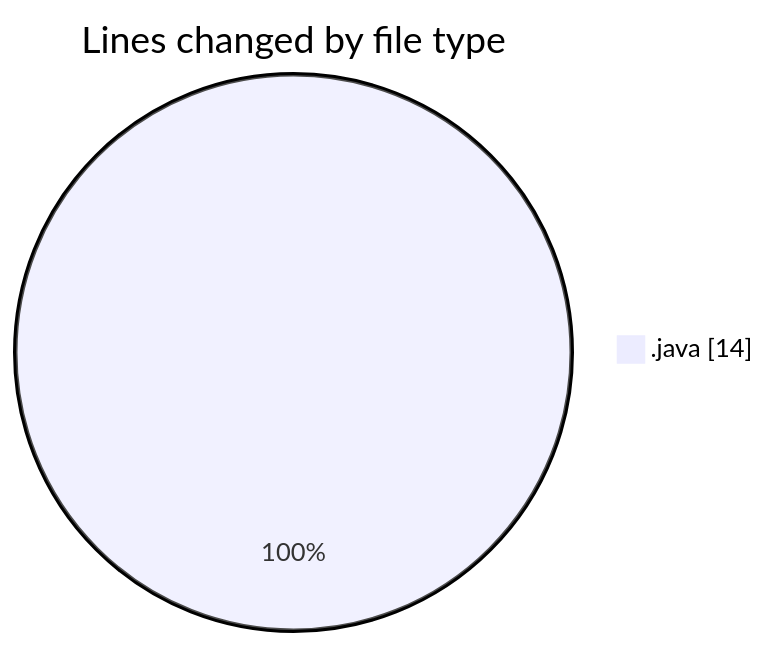
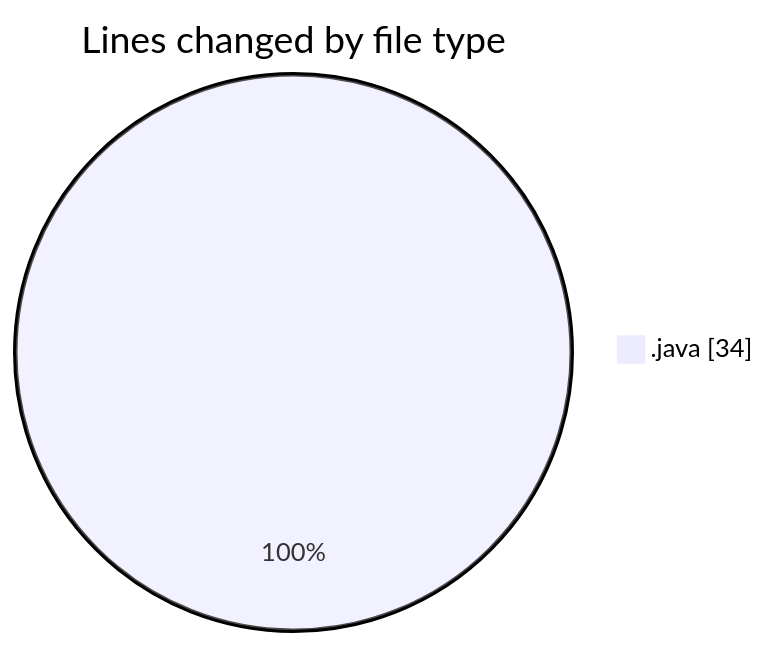
The first of 2 diagrams in 2026-03-11/java_basics/README.md (hasnaa123/code-tracking), drawn with Mermaid before and after one commit. The commit also changed other lines of this file and 1 other file, not shown here.

````diff
--- a/2026-03-11/java_basics/README.md
+++ b/2026-03-11/java_basics/README.md
@@ -21,5 +22,5 @@
 ```mermaid
 pie showData
 title Lines changed by file type
-".java" : 14
+".java" : 34
 ```
````
